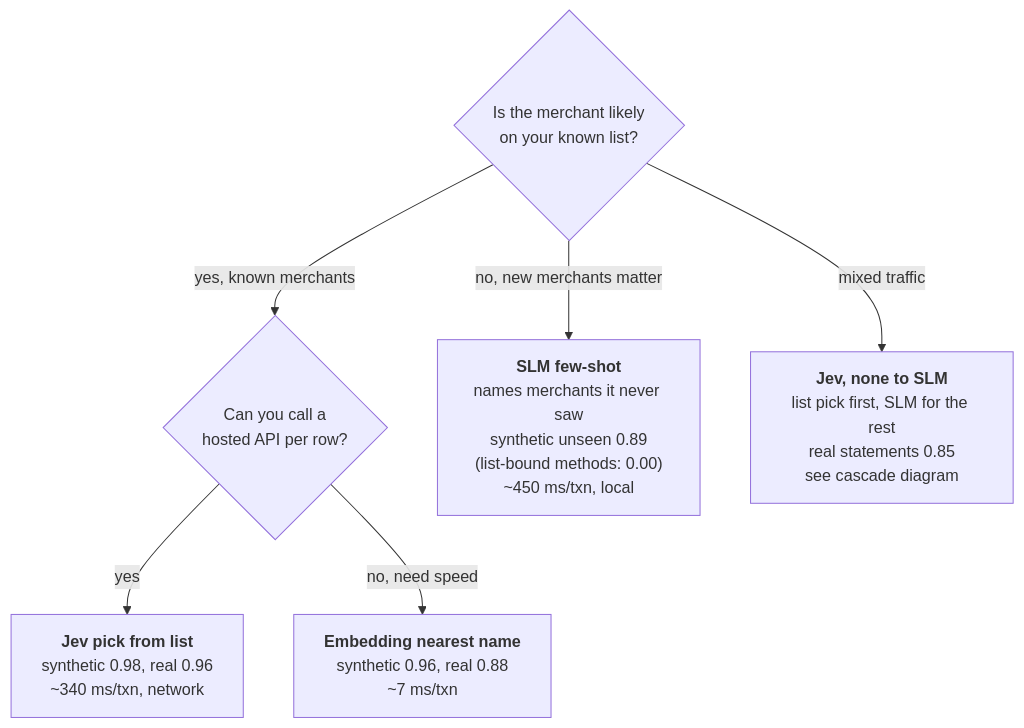
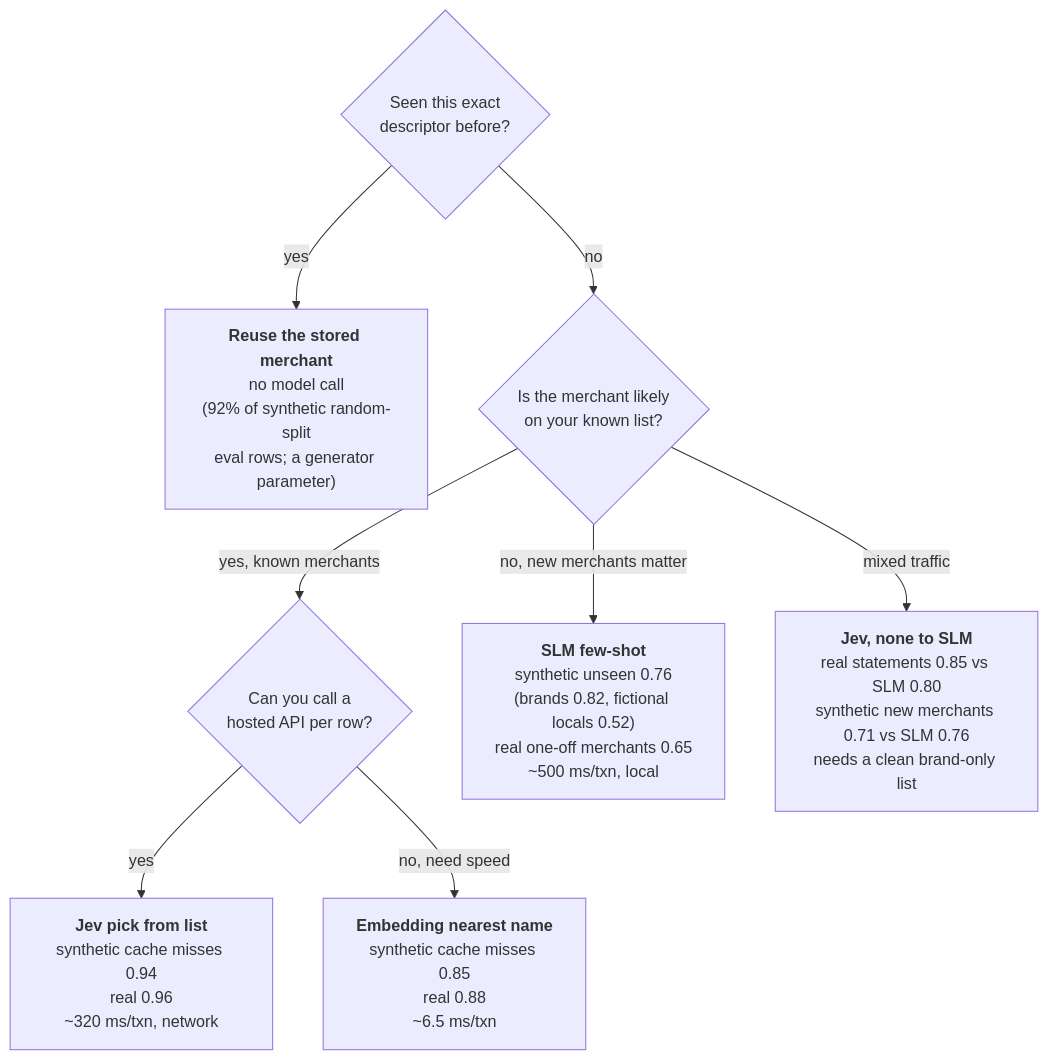
The diagram in docs/diagrams/merchant_decision.mmd (aeoxyz-jpg/tranx-transaction-standardization), drawn with Mermaid before and after one commit. The commit also changed 30 other files, not shown here.

```diff
--- a/docs/diagrams/merchant_decision.mmd
+++ b/docs/diagrams/merchant_decision.mmd
@@ -1,7 +1,9 @@
 flowchart TD
-    Q1{"Is the merchant likely<br/>on your known list?"}
+    Q0{"Seen this exact<br/>descriptor before?"}
+    Q0 -->|yes| CACHE["<b>Reuse the stored merchant</b><br/>no model call<br/>(92% of synthetic random-split<br/>eval rows; a generator parameter)"]
+    Q0 -->|no| Q1{"Is the merchant likely<br/>on your known list?"}
     Q1 -->|"yes, known merchants"| Q2{"Can you call a<br/>hosted API per row?"}
-    Q1 -->|"no, new merchants matter"| SLM["<b>SLM few-shot</b><br/>names merchants it never saw<br/>synthetic unseen 0.89<br/>(list-bound methods: 0.00)<br/>~450 ms/txn, local"]
-    Q1 -->|"mixed traffic"| CASC["<b>Jev, none to SLM</b><br/>list pick first, SLM for the rest<br/>real statements 0.85<br/>see cascade diagram"]
-    Q2 -->|yes| JEV["<b>Jev pick from list</b><br/>synthetic 0.98, real 0.96<br/>~340 ms/txn, network"]
-    Q2 -->|"no, need speed"| EMB["<b>Embedding nearest name</b><br/>synthetic 0.96, real 0.88<br/>~7 ms/txn"]
+    Q1 -->|"no, new merchants matter"| SLM["<b>SLM few-shot</b><br/>synthetic unseen 0.76<br/>(brands 0.82, fictional locals 0.52)<br/>real one-off merchants 0.65<br/>~500 ms/txn, local"]
+    Q1 -->|"mixed traffic"| CASC["<b>Jev, none to SLM</b><br/>real statements 0.85 vs SLM 0.80<br/>synthetic new merchants 0.71 vs SLM 0.76<br/>needs a clean brand-only list"]
+    Q2 -->|yes| JEV["<b>Jev pick from list</b><br/>synthetic cache misses 0.94<br/>real 0.96<br/>~320 ms/txn, network"]
+    Q2 -->|"no, need speed"| EMB["<b>Embedding nearest name</b><br/>synthetic cache misses 0.85<br/>real 0.88<br/>~6.5 ms/txn"]
```
